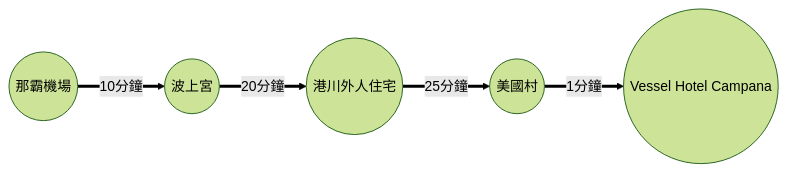
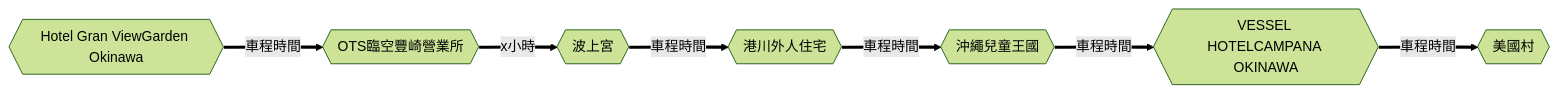
Before and after one commit to wilder640/trip: the eighth of 12 diagrams in docs/blog/posts/okinawa/okinawa-2024-12/okinawa-2024-12.md, drawn with Mermaid (forest theme). The commit also changed other lines of this file and 12 other files, not shown here.

````diff
--- a/docs/blog/posts/okinawa/okinawa-2024-12/okinawa-2024-12.md
+++ b/docs/blog/posts/okinawa/okinawa-2024-12/okinawa-2024-12.md
@@ -41,4 +99,5 @@
 ``` mermaid
 graph LR
-  A((那霸機場)) == 10分鐘 ==> B((波上宮)) == 20分鐘 ==> C((港川外人住宅)) == 25分鐘 ==> D((美國村)) == 1分鐘 ==> E((Vessel Hotel Campana))
+    A{{Hotel Gran ViewGarden Okinawa}} == 車程時間 ==> B{{OTS臨空豐崎營業所}} == x小時 ==> C{{波上宮}}  == 車程時間 ==> D{{港川外人住宅}} == 車程時間 ==> E{{沖繩兒童王國}} == 車程時間 ==> 
+    F{{VESSEL HOTELCAMPANA OKINAWA}} == 車程時間 ==> G{{美國村}}
 ```
````
